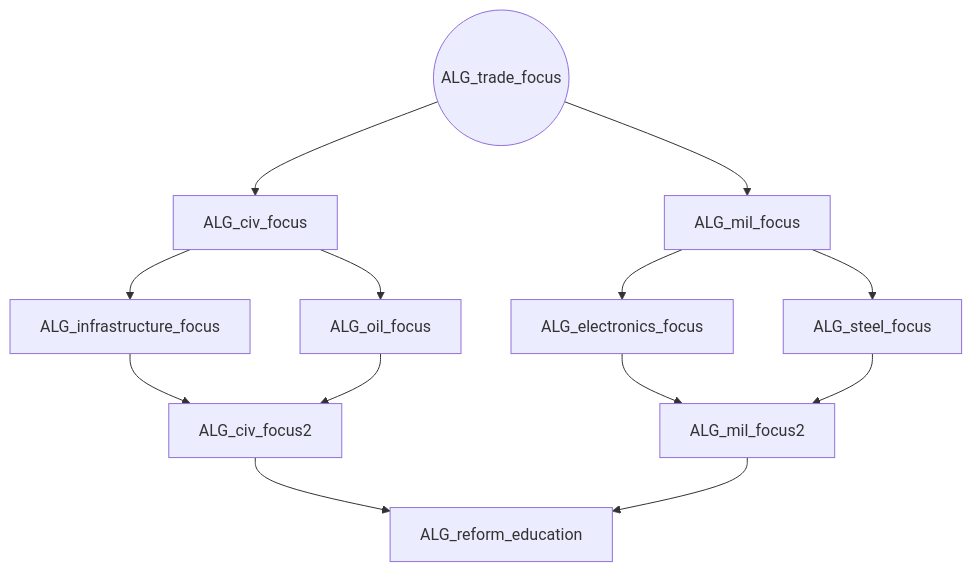
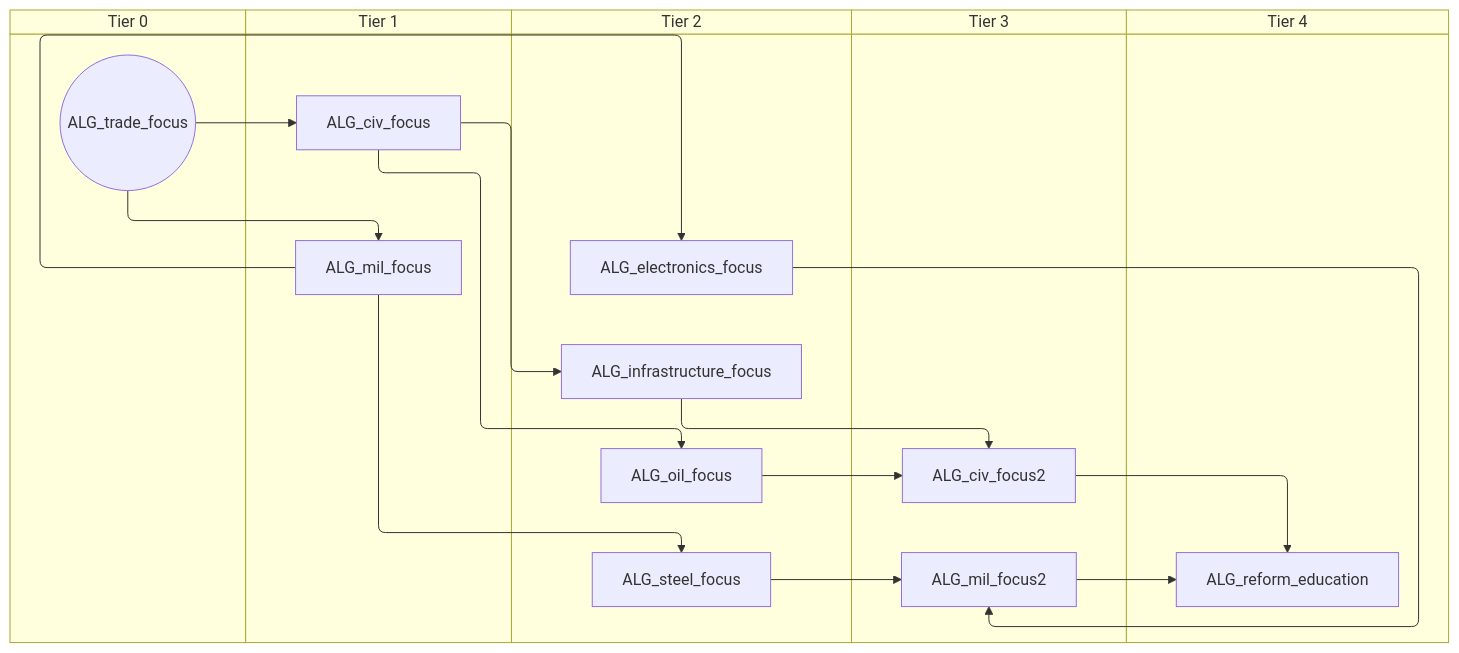
One commit to evgeny-sobol/hoi4-sandbox-mode-r56 changed the third of 3 diagrams in docs/gdd/National Focuses/r56/algeria.md. Above: the diagram before and after it, drawn with Mermaid. The commit also changed other lines of this file and 423 other files, not shown here.

First line of the commit message:
Re-export Rt56 focus trees as swimlane diagrams

````diff
--- a/docs/gdd/National Focuses/r56/algeria.md
+++ b/docs/gdd/National Focuses/r56/algeria.md
@@ -216,25 +252,35 @@
 ```mermaid
-flowchart TD
-    n81["ALG_civ_focus"]
-    n82["ALG_civ_focus2"]
-    n83["ALG_electronics_focus"]
-    n84["ALG_infrastructure_focus"]
-    n85["ALG_mil_focus"]
-    n86["ALG_mil_focus2"]
-    n87["ALG_oil_focus"]
-    n88["ALG_reform_education"]
-    n89["ALG_steel_focus"]
-    n90(("ALG_trade_focus"))
-    n90 --> n81
-    n84 --> n82
-    n87 --> n82
-    n85 --> n83
-    n81 --> n84
-    n90 --> n85
-    n83 --> n86
-    n89 --> n86
-    n81 --> n87
-    n82 --> n88
+swimlane-beta TD
+    subgraph tier_0["Tier 0"]
+        n81(("ALG_trade_focus"))
+    end
+    subgraph tier_1["Tier 1"]
+        n82["ALG_civ_focus"]
+        n83["ALG_mil_focus"]
+    end
+    subgraph tier_2["Tier 2"]
+        n84["ALG_electronics_focus"]
+        n85["ALG_infrastructure_focus"]
+        n86["ALG_oil_focus"]
+        n87["ALG_steel_focus"]
+    end
+    subgraph tier_3["Tier 3"]
+        n88["ALG_civ_focus2"]
+        n89["ALG_mil_focus2"]
+    end
+    subgraph tier_4["Tier 4"]
+        n90["ALG_reform_education"]
+    end
+    n81 --> n82
+    n85 --> n88
     n86 --> n88
-    n85 --> n89
+    n83 --> n84
+    n82 --> n85
+    n81 --> n83
+    n84 --> n89
+    n87 --> n89
+    n82 --> n86
+    n88 --> n90
+    n89 --> n90
+    n83 --> n87
 ```
````
